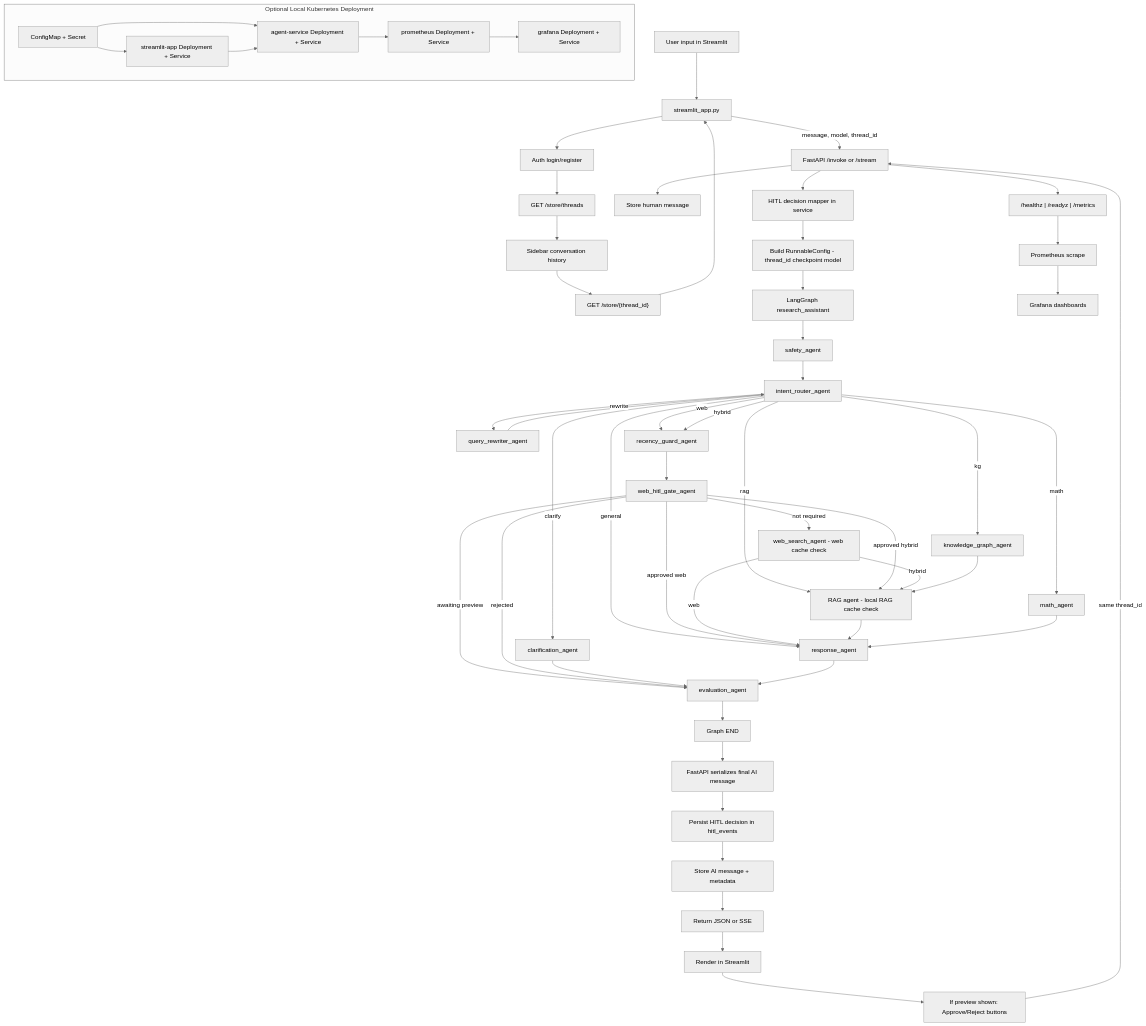
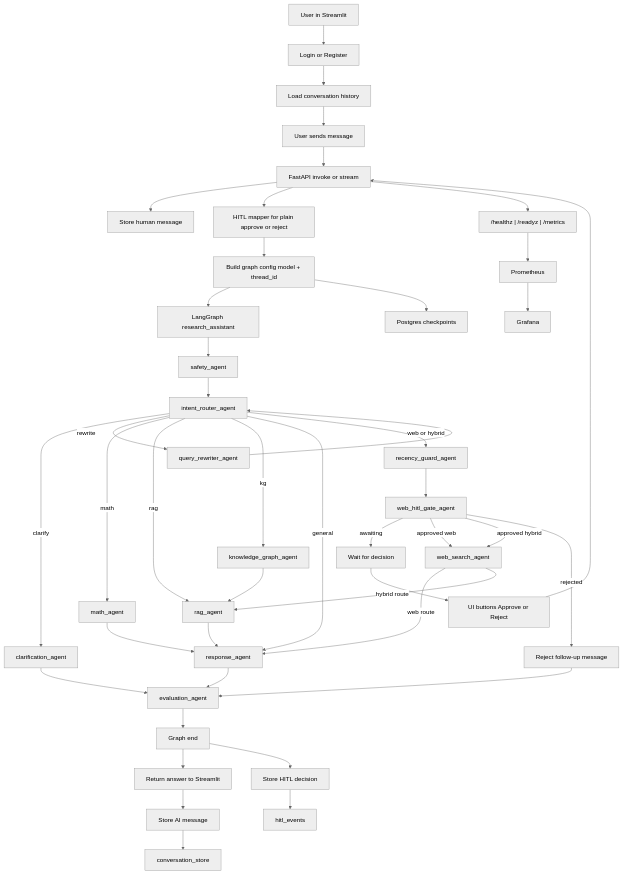
One commit to Theepankumargandhi/Multi-Agent-Orchestration changed the diagram in docs/architecture/agent_runtime_flow.mmd. Above: the diagram before and after it, drawn with Mermaid (neutral theme). The commit also changed 2 other files, not shown here.

Commit message:
Updated flowchart

```diff
--- a/docs/architecture/agent_runtime_flow.mmd
+++ b/docs/architecture/agent_runtime_flow.mmd
@@ -1,73 +1,63 @@
 %% File Purpose:
 %% - Raw Mermaid source for the runtime architecture flow.
 %% - Use this when exporting diagrams or embedding in docs/tools.
 
 flowchart TD
-    U[User input in Streamlit] --> ST[streamlit_app.py]
-    ST --> AUTH[Auth login/register]
-    AUTH --> THR[GET /store/threads]
-    THR --> TSEL[Sidebar conversation history]
-    TSEL --> HIST["GET /store/{thread_id}"]
-    HIST --> ST
-    ST -->|message, model, thread_id| API[FastAPI /invoke or /stream]
+    U[User in Streamlit] --> AUTH[Login or Register]
+    AUTH --> HIST[Load conversation history]
+    HIST --> Q[User sends message]
+    Q --> API[FastAPI invoke or stream]
 
     API --> STOREH[Store human message]
-    API --> HMAP[HITL decision mapper in service]
-    HMAP --> CFG[Build RunnableConfig - thread_id checkpoint model]
+    API --> HMAP[HITL mapper for plain approve or reject]
+    HMAP --> CFG[Build graph config model + thread_id]
     CFG --> LG[LangGraph research_assistant]
+    CFG --> CHK[Postgres checkpoints]
 
     LG --> SA[safety_agent]
     SA --> IR[intent_router_agent]
 
     IR -->|clarify| CA[clarification_agent]
+    CA --> EVA[evaluation_agent]
+
     IR -->|rewrite| QR[query_rewriter_agent]
     QR --> IR
 
     IR -->|math| MA[math_agent]
-    IR -->|web| RG[recency_guard_agent]
+    MA --> RESP[response_agent]
+
+    IR -->|rag| RA[rag_agent]
+    RA --> RESP
+
     IR -->|kg| KG[knowledge_graph_agent]
-    IR -->|rag| RA[rag_agent]
-    IR -->|hybrid| RG
-    IR -->|general| RESP[response_agent]
+    KG --> RA
 
+    IR -->|general| RESP
+
+    IR -->|web or hybrid| RG[recency_guard_agent]
     RG --> WH[web_hitl_gate_agent]
-    WH -->|awaiting preview| EVA
-    WH -->|rejected| EVA
-    WH -->|approved web| RESP
-    WH -->|approved hybrid| RA
-    WH -->|not required| WS[web_search_agent - web cache check]
-    WS -->|web| RESP
-    WS -->|hybrid| RA
-    KG --> RA
-    RA[RAG agent - local RAG cache check] --> RESP
-    MA --> RESP
 
-    CA --> EVA[evaluation_agent]
+    WH -->|awaiting| WAIT[Wait for decision]
+    WAIT --> BTN[UI buttons Approve or Reject]
+    BTN --> API
+
+    WH -->|approved web| WS[web_search_agent]
+    WS -->|web route| RESP
+
+    WH -->|approved hybrid| WS
+    WS -->|hybrid route| RA
+
+    WH -->|rejected| REJ[Reject follow-up message]
+    REJ --> EVA
+
     RESP --> EVA
-    EVA --> END[Graph END]
+    EVA --> END[Graph end]
+    END --> APIRESP[Return answer to Streamlit]
+    APIRESP --> STOREA[Store AI message]
+    STOREA --> CST[conversation_store]
+    END --> HITLDB[Store HITL decision]
+    HITLDB --> HITL[hitl_events]
 
-    END --> APIOUT[FastAPI serializes final AI message]
-    APIOUT --> HITAUDIT[Persist HITL decision in hitl_events]
-    HITAUDIT --> STOREA[Store AI message + metadata]
-    STOREA --> RET[Return JSON or SSE]
-    RET --> UI[Render in Streamlit]
-    UI --> HITLBTN[If preview shown: Approve/Reject buttons]
-    HITLBTN -->|same thread_id| API
-
-    API --> OPS["/healthz | /readyz | /metrics"]
-    OPS --> PROM[Prometheus scrape]
-    PROM --> GRAF[Grafana dashboards]
-
-    subgraph K8S[Optional Local Kubernetes Deployment]
-      KCM[ConfigMap + Secret]
-      KAGENT[agent-service Deployment + Service]
-      KUI[streamlit-app Deployment + Service]
-      KPROM[prometheus Deployment + Service]
-      KGRAF[grafana Deployment + Service]
-    end
-
-    KCM --> KAGENT
-    KCM --> KUI
-    KAGENT --> KPROM
-    KPROM --> KGRAF
-    KUI --> KAGENT
+    API --> METRICS["/healthz | /readyz | /metrics"]
+    METRICS --> PROM[Prometheus]
+    PROM --> GRAF[Grafana]
```
